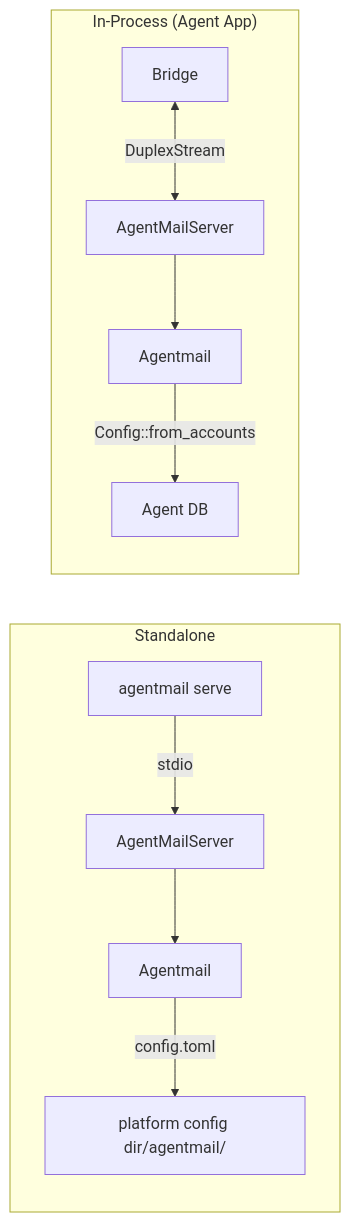
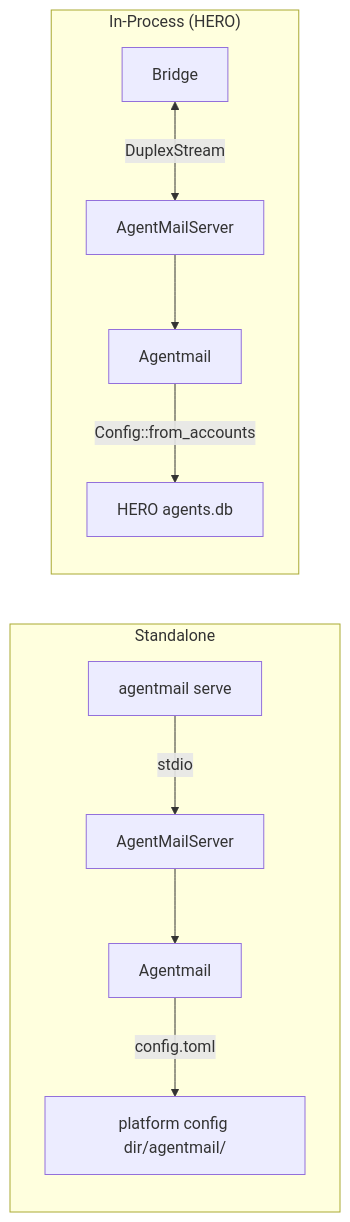
Before and after one commit to Weekendsuperhero-io/agentmail: the second of 4 diagrams in DESIGN.md, drawn with Mermaid. The commit also changed other lines of this file and 12 other files, not shown here.

````diff
--- a/DESIGN.md
+++ b/DESIGN.md
@@ -52,14 +52,14 @@
 ```mermaid
 graph LR
     subgraph "Standalone"
         CLI[agentmail serve] -->|stdio| MCP1[AgentMailServer]
         MCP1 --> MK1[Agentmail]
         MK1 -->|config.toml| FS[platform config dir/agentmail/]
     end
 
-    subgraph "In-Process (Agent App)"
+    subgraph "In-Process (HERO)"
         GW2[Bridge] <-->|DuplexStream| MCP2[AgentMailServer]
         MCP2 --> MK2[Agentmail]
-        MK2 -->|Config::from_accounts| DB2[Agent DB]
+        MK2 -->|Config::from_accounts| DB2[HERO agents.db]
     end
 ```
````
